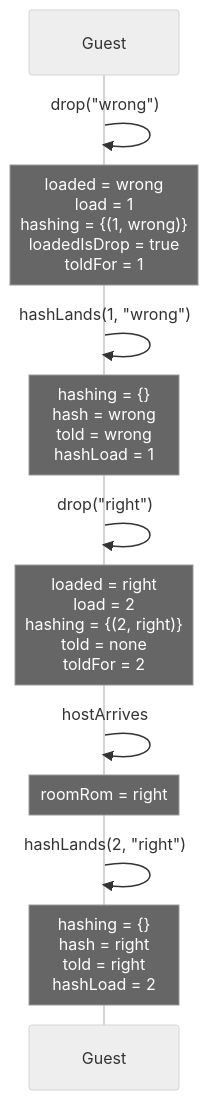
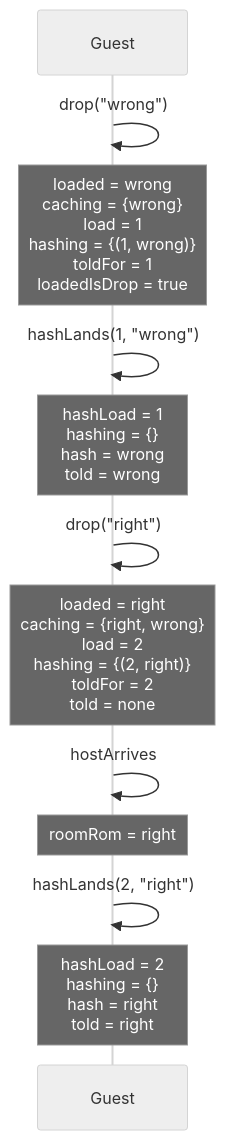
Diagram 20 of 27 in docs/spec-traces.md (kwilson21/kaillera-next), drawn with Mermaid (neutral theme) before and after one commit. The commit also changed other lines of this file and 11 other files, not shown here.

````diff
--- a/docs/spec-traces.md
+++ b/docs/spec-traces.md
@@ -570,14 +570,14 @@
 ```mermaid
 sequenceDiagram
   participant Guest
   Guest->>Guest: drop("wrong")
-  Note over Guest: loaded = wrong<br/>load = 1<br/>hashing = {(1, wrong)}<br/>loadedIsDrop = true<br/>toldFor = 1
+  Note over Guest: loaded = wrong<br/>caching = {wrong}<br/>load = 1<br/>hashing = {(1, wrong)}<br/>toldFor = 1<br/>loadedIsDrop = true
   Guest->>Guest: hashLands(1, "wrong")
-  Note over Guest: hashing = {}<br/>hash = wrong<br/>told = wrong<br/>hashLoad = 1
+  Note over Guest: hashLoad = 1<br/>hashing = {}<br/>hash = wrong<br/>told = wrong
   Guest->>Guest: drop("right")
-  Note over Guest: loaded = right<br/>load = 2<br/>hashing = {(2, right)}<br/>told = none<br/>toldFor = 2
+  Note over Guest: loaded = right<br/>caching = {right, wrong}<br/>load = 2<br/>hashing = {(2, right)}<br/>toldFor = 2<br/>told = none
   Guest->>Guest: hostArrives
   Note over Guest: roomRom = right
   Guest->>Guest: hashLands(2, "right")
-  Note over Guest: hashing = {}<br/>hash = right<br/>told = right<br/>hashLoad = 2
+  Note over Guest: hashLoad = 2<br/>hashing = {}<br/>hash = right<br/>told = right
 ```
````
